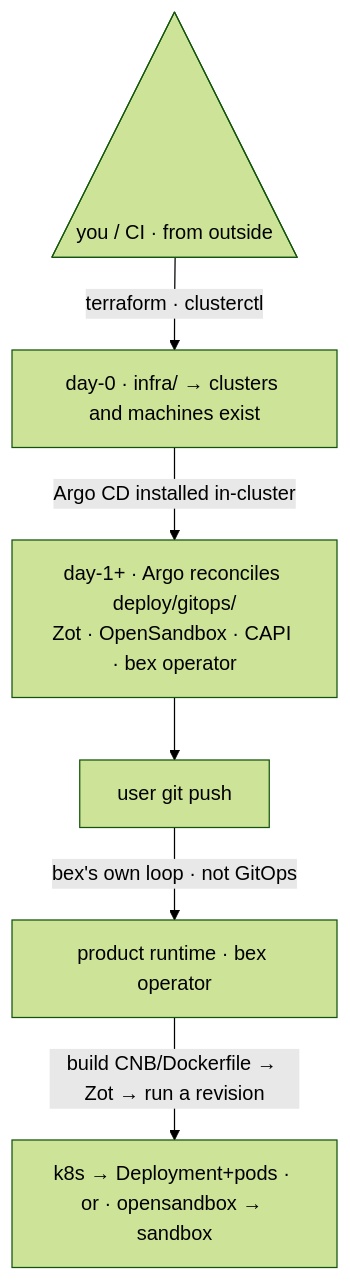
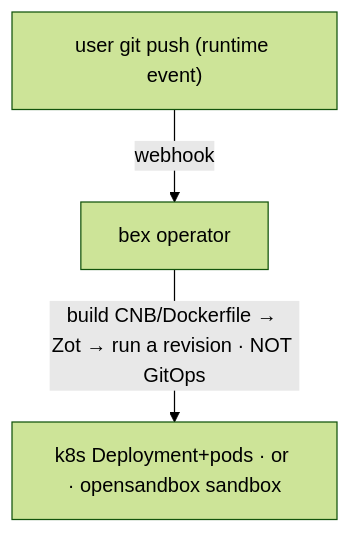
The fourth of 4 diagrams in docs/ADR002-architecture.md (cuckoo-network/cuckoo), drawn with Mermaid (forest theme) before and after one commit. The commit also changed other lines of this file and 47 other files, not shown here.

Commit message:
docs: clarify app deployment architecture

````diff
--- a/docs/ADR002-architecture.md
+++ b/docs/ADR002-architecture.md
@@ -90,9 +110,6 @@
 ```mermaid
 flowchart TB
-  ci@{ shape: tri, label: "you / CI · from outside" }
-  ci -->|"terraform · clusterctl"| infra["day-0 · infra/ → clusters and machines exist"]
-  infra -->|"Argo CD installed in-cluster"| gitops["day-1+ · Argo reconciles deploy/gitops/<br/>Zot · OpenSandbox · CAPI · bex operator"]
-  gitops --> push["user git push"]
-  push -->|"bex's own loop · not GitOps"| op["product runtime · bex operator"]
-  op -->|"build CNB/Dockerfile → Zot → run a revision"| rev["k8s → Deployment+pods · or · opensandbox → sandbox"]
+  push["user git push (runtime event)"]
+  push -->|"webhook"| op["bex operator"]
+  op -->|"build CNB/Dockerfile → Zot → run a revision · NOT GitOps"| rev["k8s Deployment+pods · or · opensandbox sandbox"]
 ```
````
